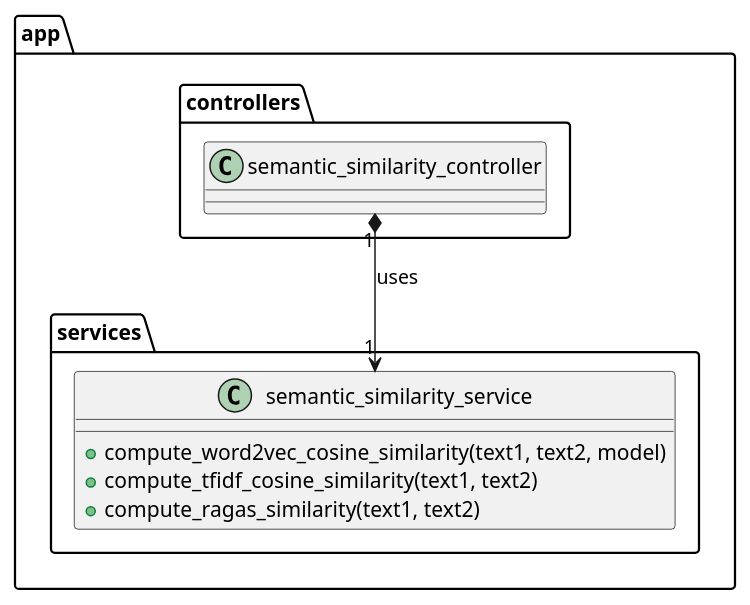
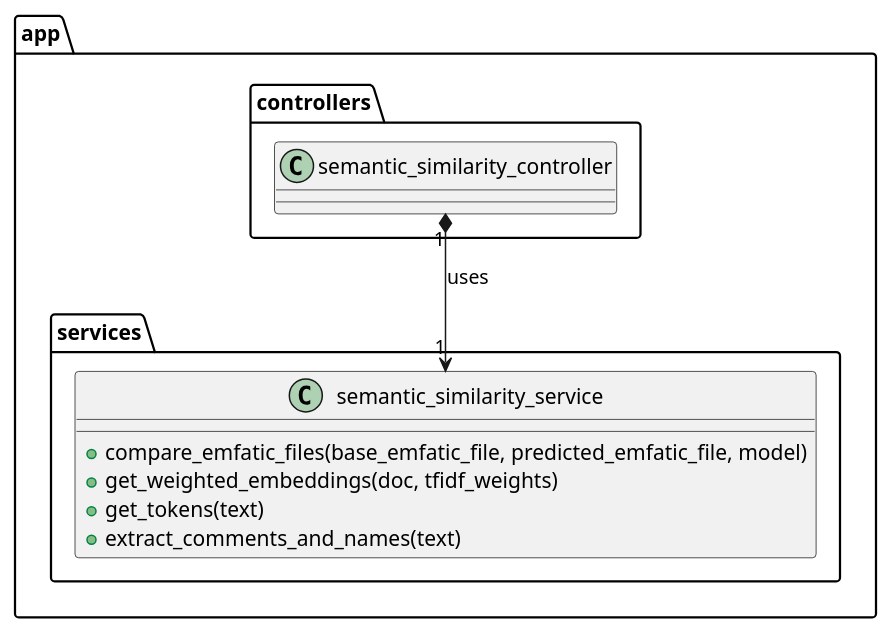
One commit to com-parit/model-comparator changed the diagram in docs/class_diagram_flask_service.puml. Above: the diagram before and after it, drawn with PlantUML. The commit also changed 21 other files, not shown here.

Commit message:
update diagrams

```diff
--- a/docs/class_diagram_flask_service.puml
+++ b/docs/class_diagram_flask_service.puml
@@ -1,17 +1,18 @@
 @startuml
 package app.controllers {
 	class semantic_similarity_controller {
 
 	}
 }
 
 package app.services {
 	class semantic_similarity_service {
-		+ compute_word2vec_cosine_similarity(text1, text2, model)
-		+ compute_tfidf_cosine_similarity(text1, text2)
-		+ compute_ragas_similarity(text1, text2)
+		+ compare_emfatic_files(base_emfatic_file, predicted_emfatic_file, model)
+		+ get_weighted_embeddings(doc, tfidf_weights)
+		+ get_tokens(text)
+		+ extract_comments_and_names(text)
 	}
 }
 
 semantic_similarity_controller "1" *--> "1" semantic_similarity_service: uses
 @enduml
```
